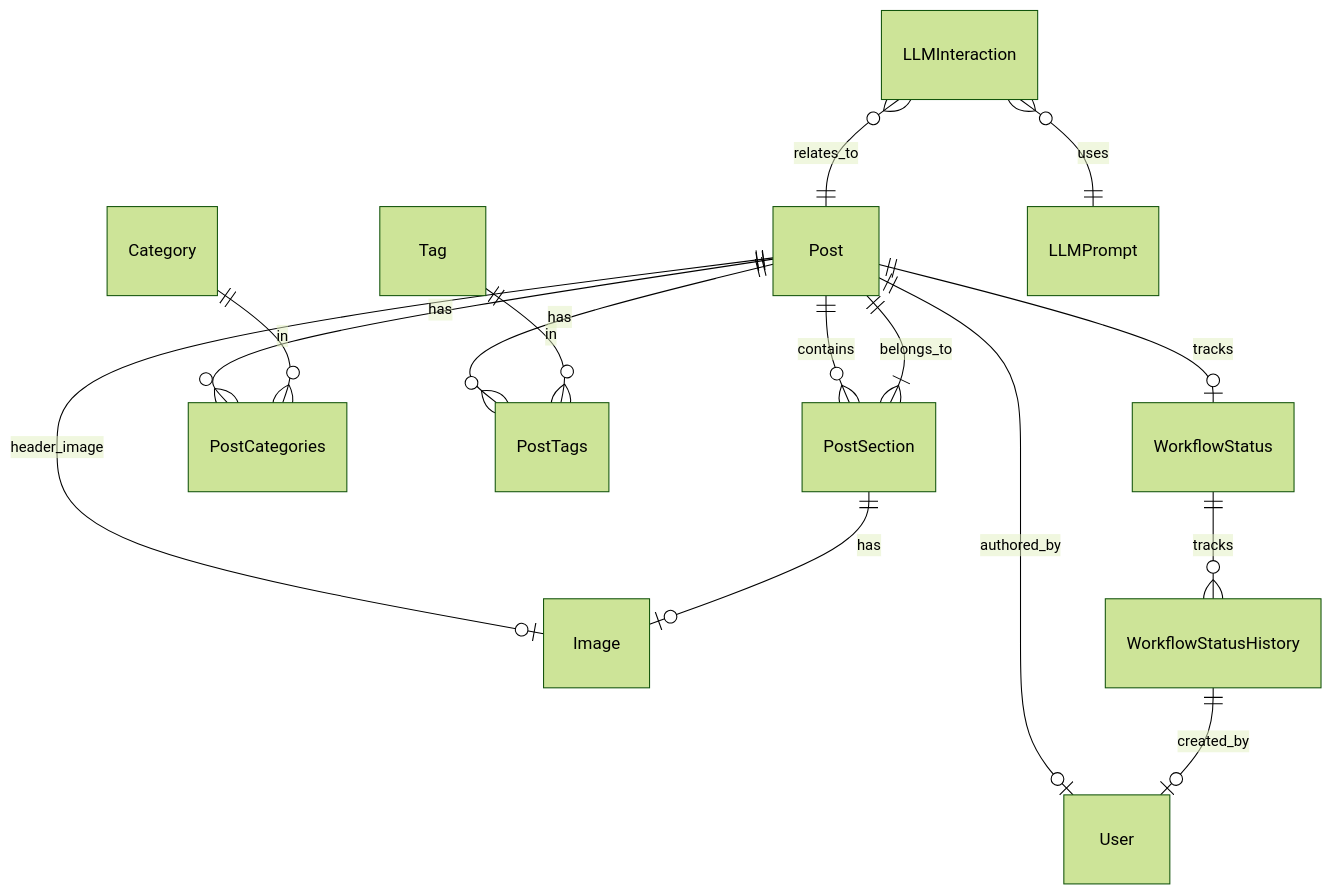
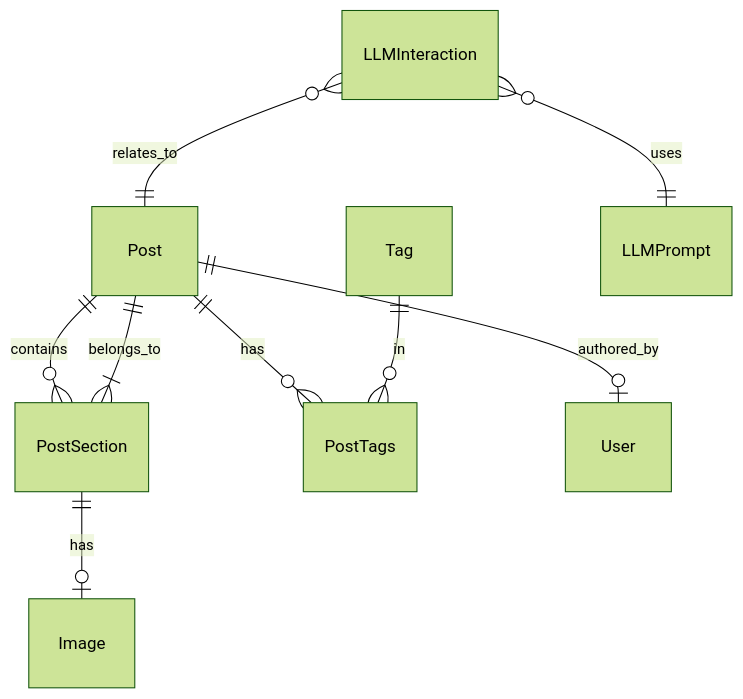
The diagram in docs/database/README.md (AutoJenny/blog), drawn with Mermaid (forest theme) before and after one commit. The commit also changed other lines of this file, not shown here.

````diff
--- a/docs/database/README.md
+++ b/docs/database/README.md
@@ -65,21 +65,14 @@
 ```mermaid
 erDiagram
     Post ||--o{ PostSection : contains
-    Post ||--o{ PostCategories : has
     Post ||--o{ PostTags : has
-    Post ||--o| WorkflowStatus : tracks
     Post ||--o| User : authored_by
-    Post ||--o| Image : header_image
     
     PostSection ||--o| Image : has
     PostSection }|--|| Post : belongs_to
     
-    Category ||--o{ PostCategories : in
     Tag ||--o{ PostTags : in
-    
-    WorkflowStatus ||--o{ WorkflowStatusHistory : tracks
-    WorkflowStatusHistory ||--o| User : created_by
     
     LLMInteraction }o--|| LLMPrompt : uses
     LLMInteraction }o--|| Post : relates_to
 ```
````
